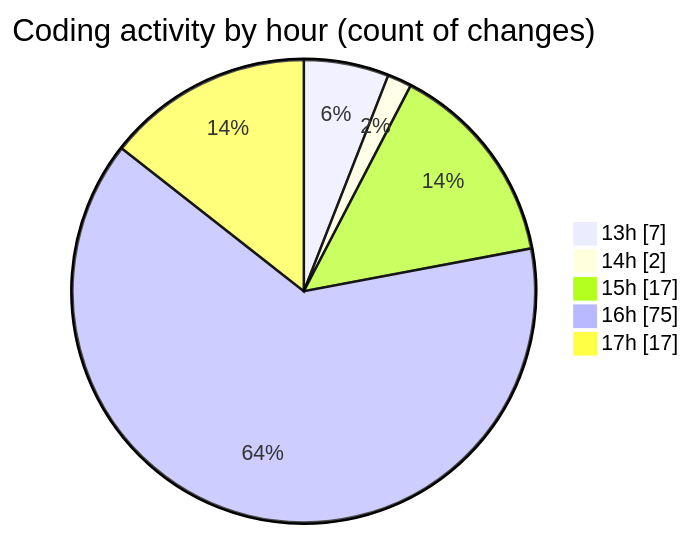
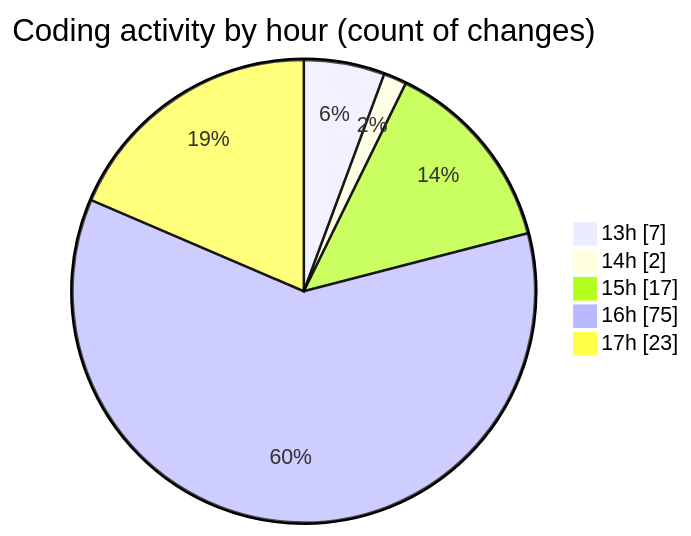
The second of 2 diagrams in 2025-02-24/micros/README.md (charlie-sans/code-tracking), drawn with Mermaid before and after one commit. The commit also changed other lines of this file and 1 other file, not shown here.

````diff
--- a/2025-02-24/micros/README.md
+++ b/2025-02-24/micros/README.md
@@ -46,9 +46,9 @@
 ```mermaid
 pie showData
 title Coding activity by hour (count of changes)
 "13h" : 7
 "14h" : 2
 "15h" : 17
 "16h" : 75
-"17h" : 17
+"17h" : 23
 ```
````
